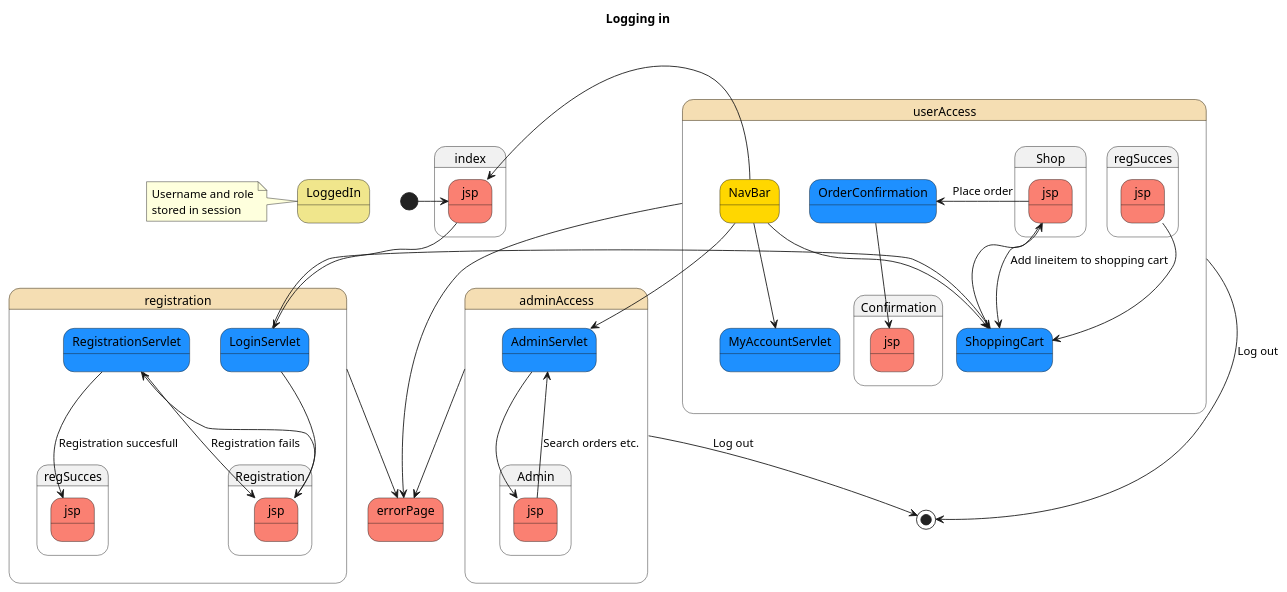
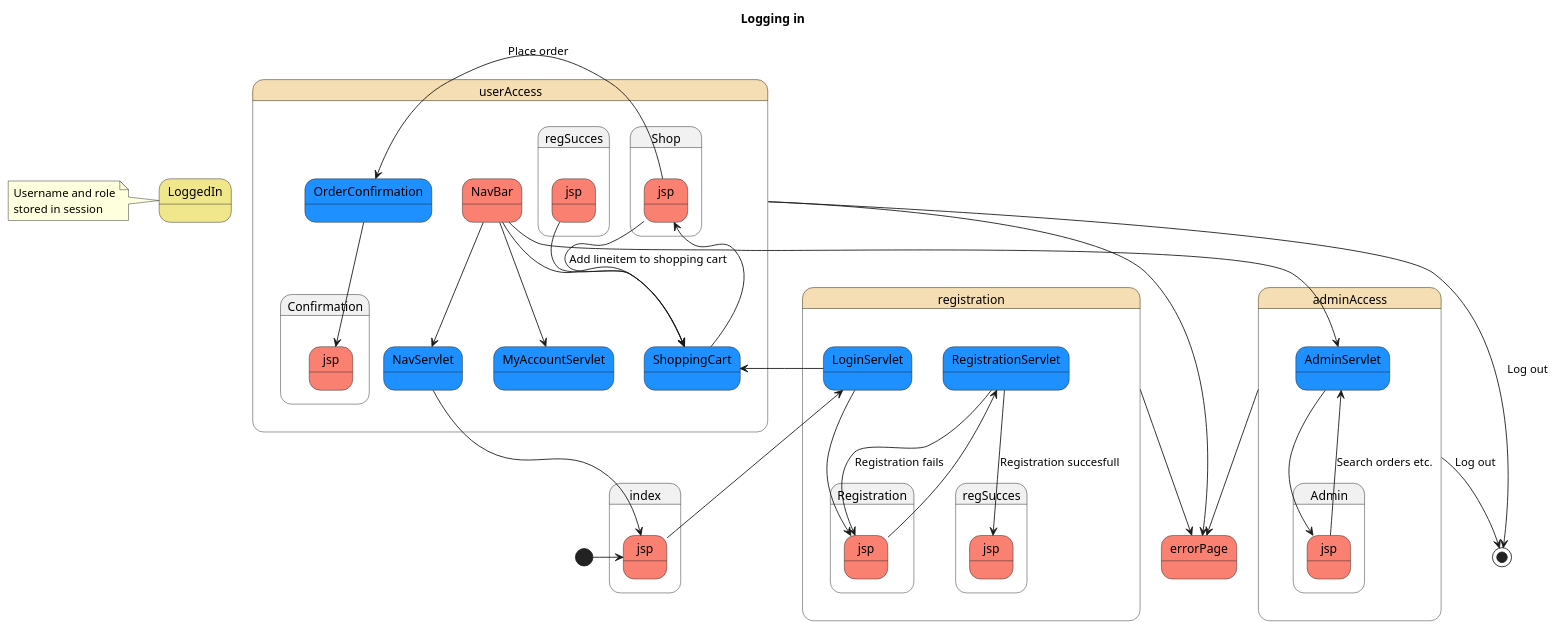
The diagram in src/main/java/Diagrams/State diagram.puml (DATboiss/CupcakeWebshop), drawn with PlantUML before and after one commit.

Commit message:
LIdt ekstra finish på State diagram

```diff
--- a/src/main/java/Diagrams/State diagram.puml
+++ b/src/main/java/Diagrams/State diagram.puml
@@ -1,49 +1,50 @@
 @startuml
 
 Title Logging in
 
 State LoggedIn #Khaki
 
 note left of LoggedIn
 Username and role
 stored in session
 end note
 
 [*] -> index.jsp
 
 state registration #Wheat {
 
 index.jsp #Salmon --> LoginServlet #DodgerBlue
 LoginServlet --> Registration.jsp #Salmon
 Registration.jsp --> RegistrationServlet #DodgerBlue
 RegistrationServlet --> Registration.jsp : Registration fails
 RegistrationServlet --> regSucces.jsp #Salmon  : Registration succesfull
 }
 
 state userAccess #Wheat {
 LoginServlet #DodgerBlue --> ShoppingCart #DodgerBlue
 regSucces.jsp #Salmon --> ShoppingCart
 ShoppingCart --> Shop.jsp
 Shop.jsp #Salmon --> ShoppingCart : Add lineitem to shopping cart
 Shop.jsp -> OrderConfirmation : Place order
 OrderConfirmation #DodgerBlue --> Confirmation.jsp #Salmon
 
-NavBar #Gold --> index.jsp
+NavBar #Salmon --> NavServlet #DodgerBlue 
+NavServlet --> index.jsp
 NavBar --> MyAccountServlet #DodgerBlue
 NavBar --> ShoppingCart
 
 }
 
 state adminAccess #Wheat {
 NavBar --> AdminServlet #DodgerBlue
 AdminServlet --> Admin.jsp 
 Admin.jsp #Salmon --> AdminServlet : Search orders etc.
 }
 
 userAccess --> [*] : Log out
 adminAccess --> [*] : Log out
 
 registration --> errorPage #Salmon
 userAccess --> errorPage
 adminAccess --> errorPage
 @enduml
```
